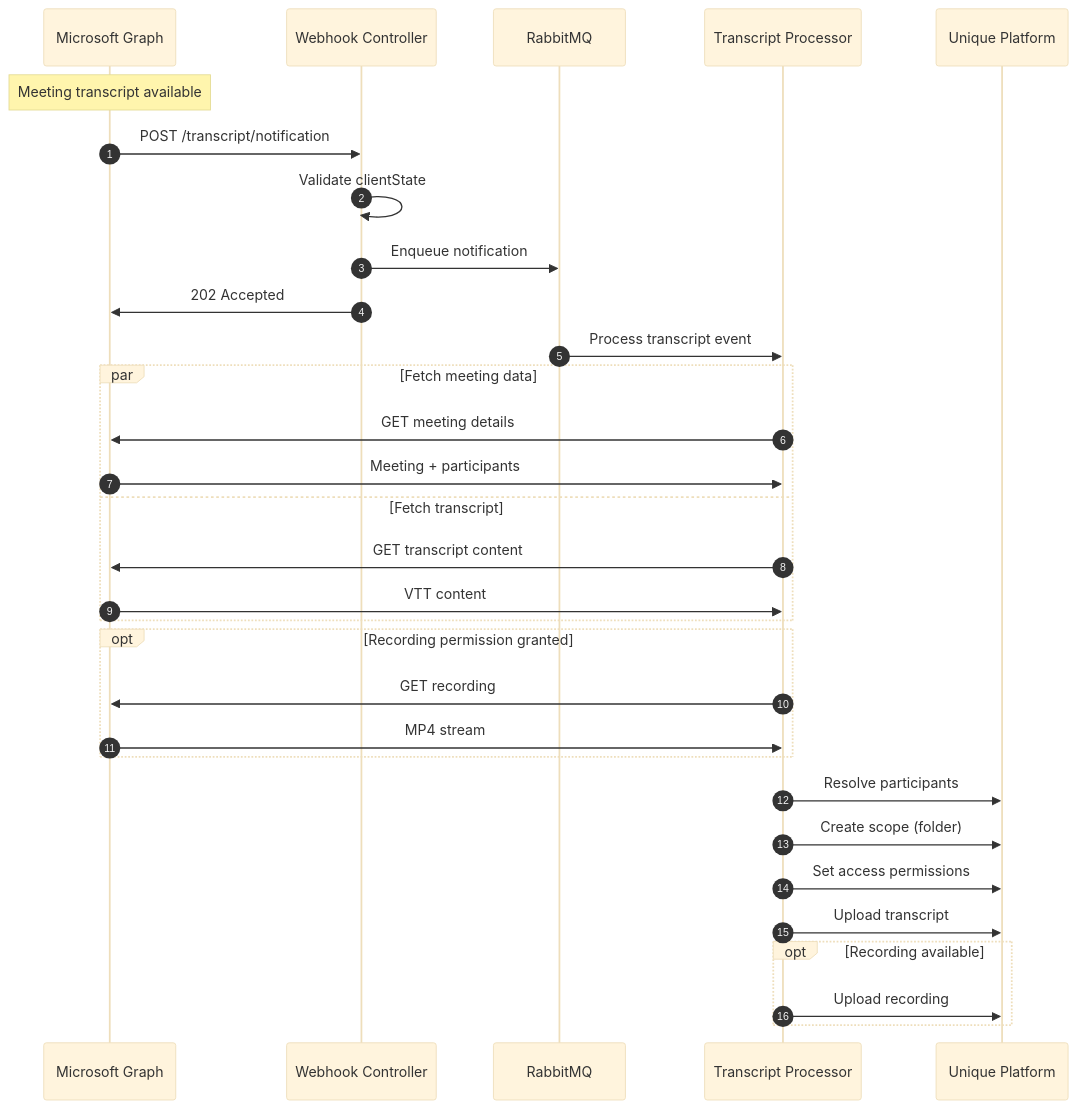
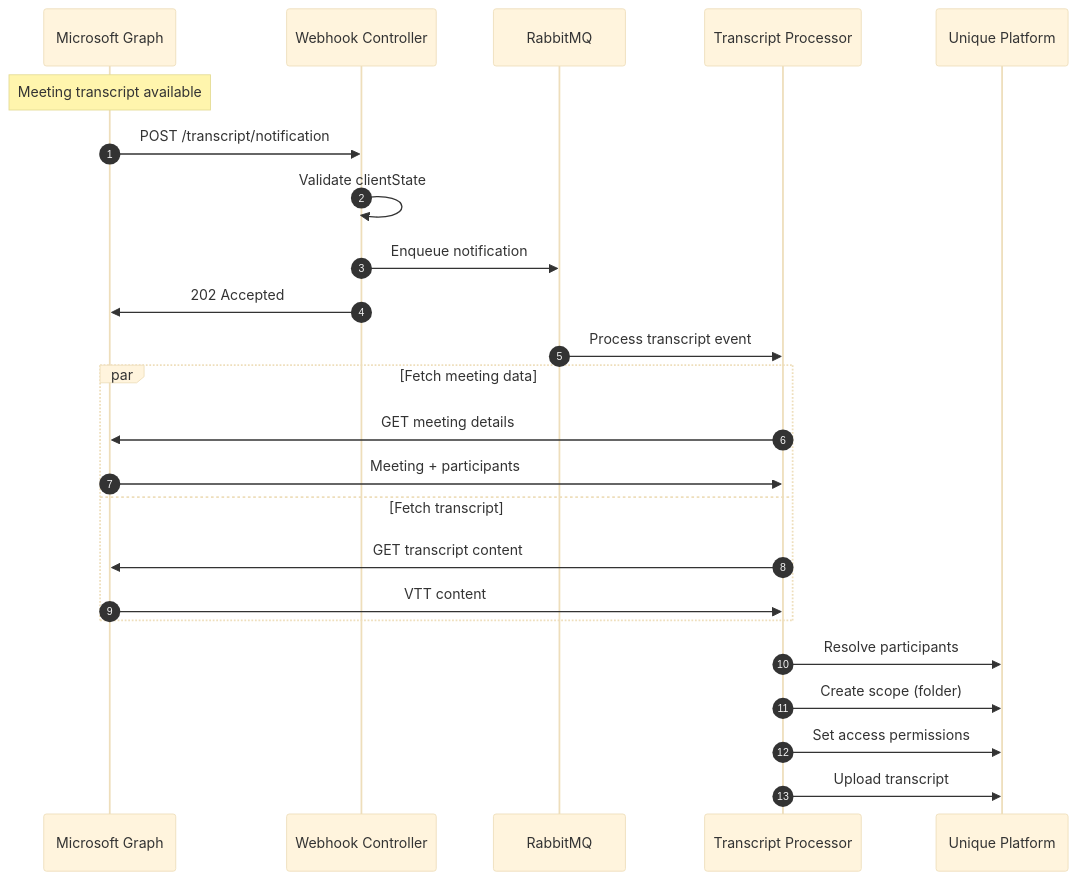
The third of 4 diagrams in services/teams-mcp/docs/README.md (Unique-AG/connectors), drawn with Mermaid (base theme) before and after one commit. The commit also changed other lines of this file and 14 other files, not shown here.

First line of the commit message:
chore(teams-mcp): remove OnlineMeetingRecording.Read.All permission and references

````diff
--- a/services/teams-mcp/docs/README.md
+++ b/services/teams-mcp/docs/README.md
@@ -205,38 +198,30 @@
 ```mermaid
 sequenceDiagram
     autonumber
     participant Graph as Microsoft Graph
     participant API as Webhook Controller
     participant Queue as RabbitMQ
     participant Processor as Transcript Processor
     participant Unique as Unique Platform
 
     Note over Graph: Meeting transcript available
     Graph->>API: POST /transcript/notification
     API->>API: Validate clientState
     API->>Queue: Enqueue notification
     API->>Graph: 202 Accepted
 
     Queue->>Processor: Process transcript event
 
     par Fetch meeting data
         Processor->>Graph: GET meeting details
         Graph->>Processor: Meeting + participants
     and Fetch transcript
         Processor->>Graph: GET transcript content
         Graph->>Processor: VTT content
     end
 
-    opt Recording permission granted
-        Processor->>Graph: GET recording
-        Graph->>Processor: MP4 stream
-    end
-
     Processor->>Unique: Resolve participants
     Processor->>Unique: Create scope (folder)
     Processor->>Unique: Set access permissions
     Processor->>Unique: Upload transcript
-    opt Recording available
-        Processor->>Unique: Upload recording
-    end
 ```
````
